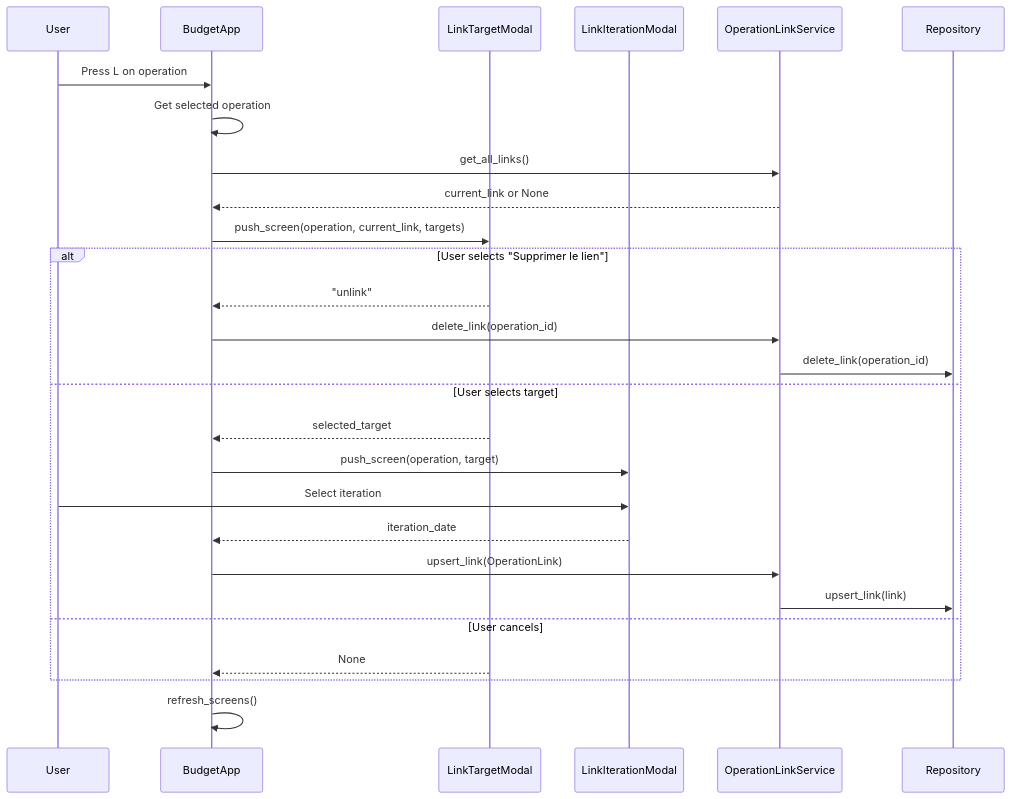
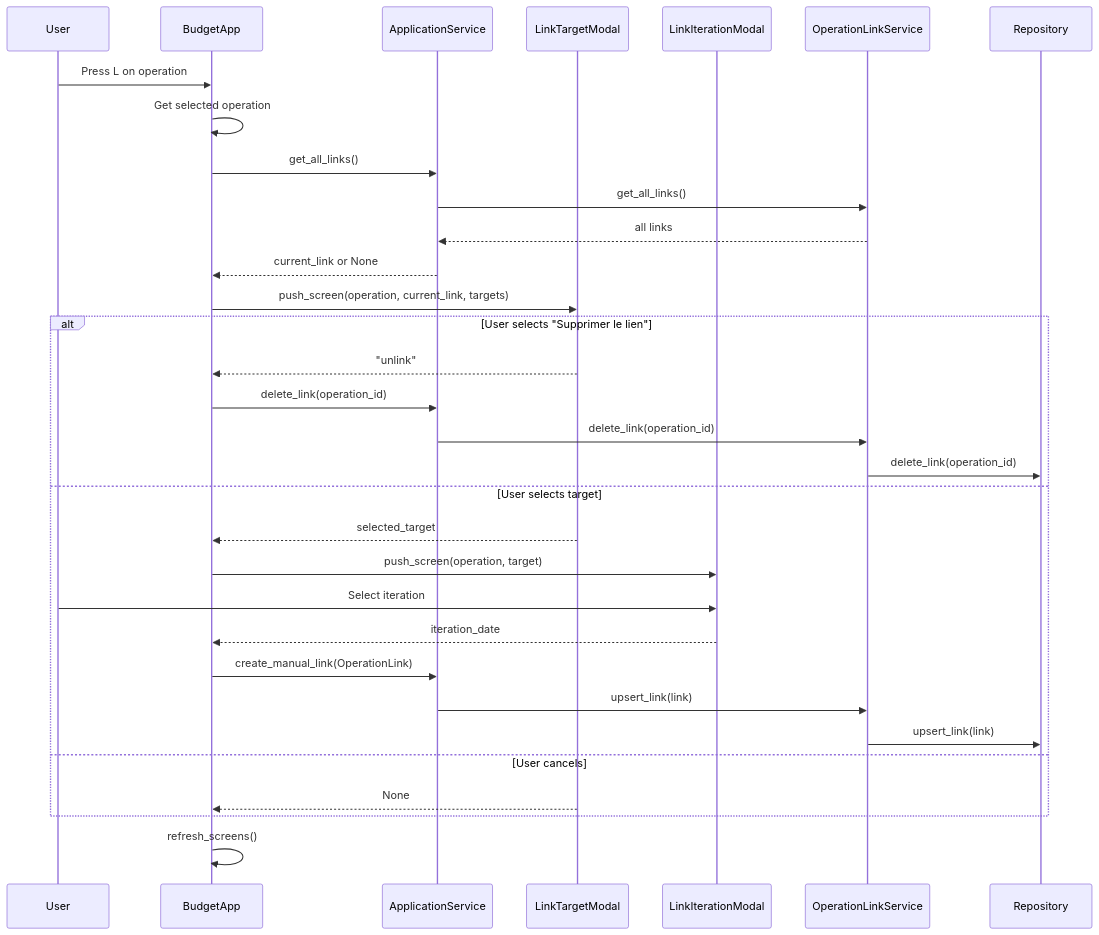
Before and after one commit to corentin-core/budget-forecaster: the fifth of 8 diagrams in docs/dev/operation-links.md, drawn with Mermaid. The commit also changed other lines of this file and 30 other files, not shown here.

First line of the commit message:
feat: introduce ApplicationService as central orchestrator (#71) (#89)

````diff
--- a/docs/dev/operation-links.md
+++ b/docs/dev/operation-links.md
@@ -295,32 +352,37 @@
 ```mermaid
 sequenceDiagram
     participant User
     participant TUI as BudgetApp
+    participant AS as ApplicationService
     participant LTM as LinkTargetModal
     participant LIM as LinkIterationModal
     participant OLS as OperationLinkService
     participant Repo as Repository
 
     User->>TUI: Press L on operation
     TUI->>TUI: Get selected operation
-    TUI->>OLS: get_all_links()
-    OLS-->>TUI: current_link or None
+    TUI->>AS: get_all_links()
+    AS->>OLS: get_all_links()
+    OLS-->>AS: all links
+    AS-->>TUI: current_link or None
     TUI->>LTM: push_screen(operation, current_link, targets)
 
     alt User selects "Supprimer le lien"
         LTM-->>TUI: "unlink"
-        TUI->>OLS: delete_link(operation_id)
+        TUI->>AS: delete_link(operation_id)
+        AS->>OLS: delete_link(operation_id)
         OLS->>Repo: delete_link(operation_id)
     else User selects target
         LTM-->>TUI: selected_target
         TUI->>LIM: push_screen(operation, target)
         User->>LIM: Select iteration
         LIM-->>TUI: iteration_date
-        TUI->>OLS: upsert_link(OperationLink)
+        TUI->>AS: create_manual_link(OperationLink)
+        AS->>OLS: upsert_link(link)
         OLS->>Repo: upsert_link(link)
     else User cancels
         LTM-->>TUI: None
     end
 
     TUI->>TUI: refresh_screens()
 ```
````
